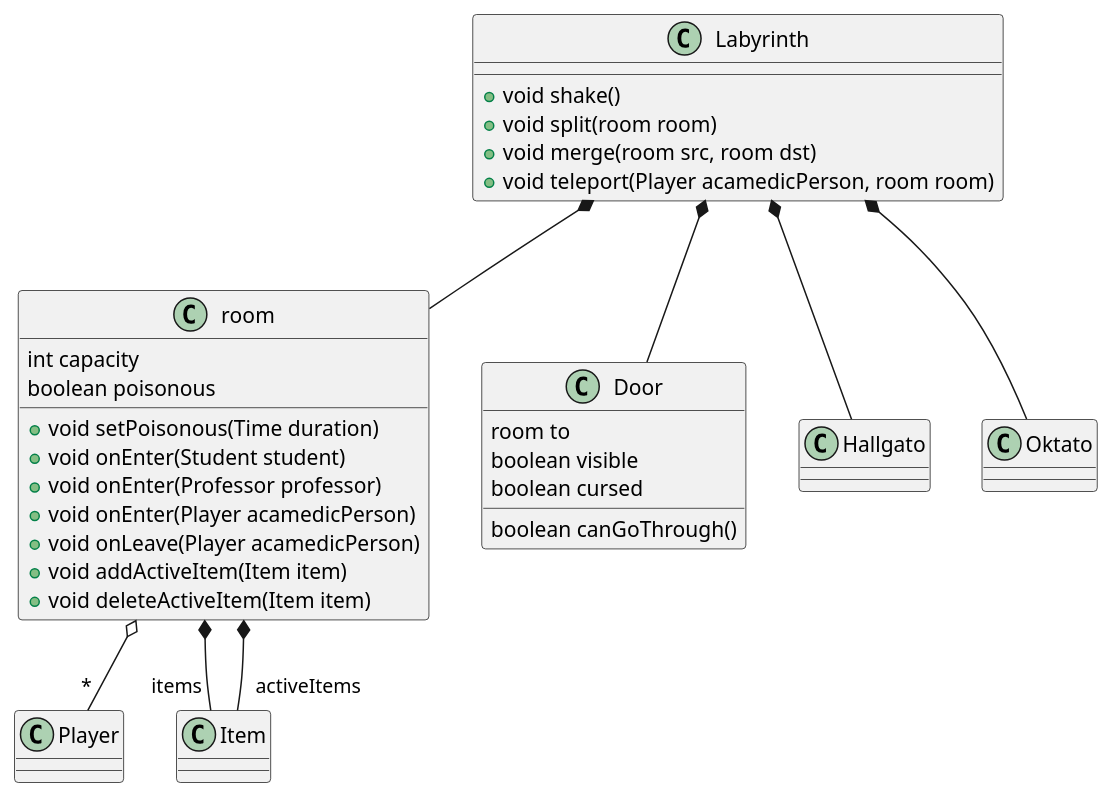
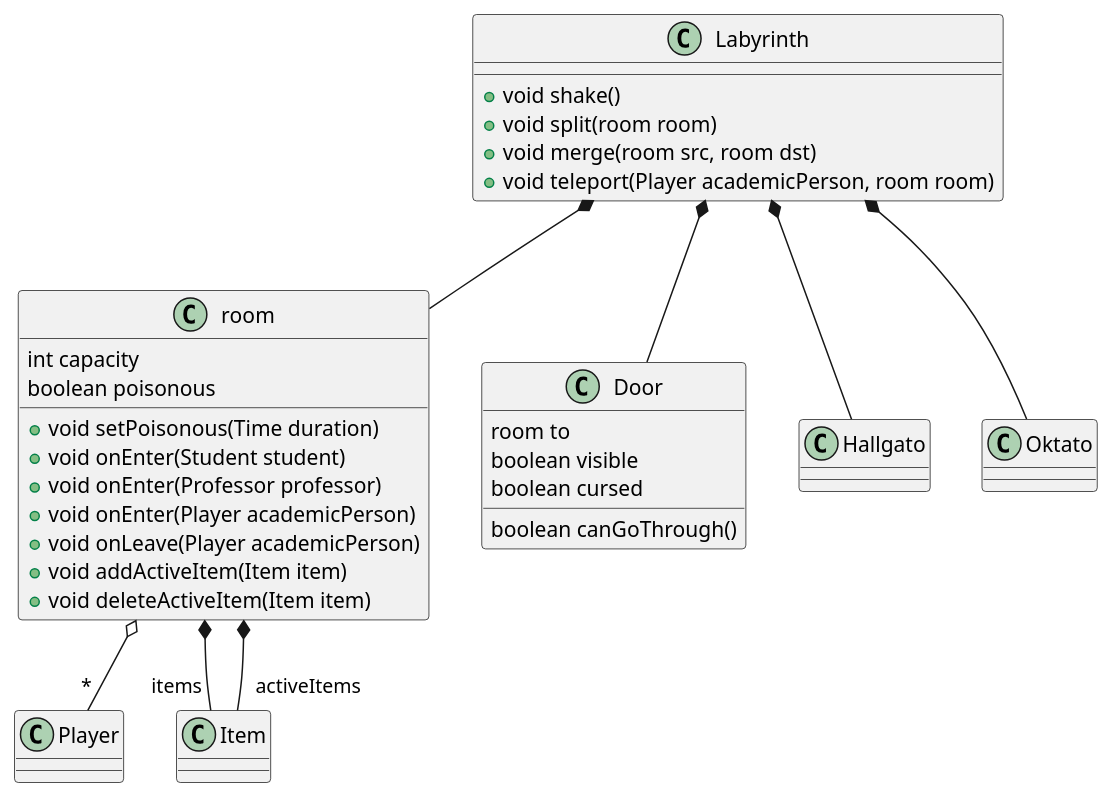
The diagram in docs/labyrinth.puml (jajecnikmarci/ProjLab), drawn with PlantUML before and after one commit. The commit also changed 20 other files, not shown here.

First line of the commit message:
acamedic --> Academic

```diff
--- a/docs/labyrinth.puml
+++ b/docs/labyrinth.puml
@@ -1,32 +1,32 @@
 class Labyrinth {
     + void shake()
     + void split(room room)
     + void merge(room src, room dst)
-    + void teleport(Player acamedicPerson, room room)
+    + void teleport(Player academicPerson, room room)
 }
 
 class room {
     int capacity
     boolean poisonous
     + void setPoisonous(Time duration)
     + void onEnter(Student student)
     + void onEnter(Professor professor)
-    + void onEnter(Player acamedicPerson)
-    + void onLeave(Player acamedicPerson)
+    + void onEnter(Player academicPerson)
+    + void onLeave(Player academicPerson)
     + void addActiveItem(Item item)
     + void deleteActiveItem(Item item) 
 }
 class Door {
     room to
     boolean visible
     boolean cursed
     boolean canGoThrough() 
 }
 Labyrinth *-- Door
 Labyrinth *-- room
 Labyrinth *-- Hallgato
 Labyrinth *-- Oktato
 
 room o-- "*"  Player
 room *-- "items"  Item
 room *-- "activeItems"  Item
```
